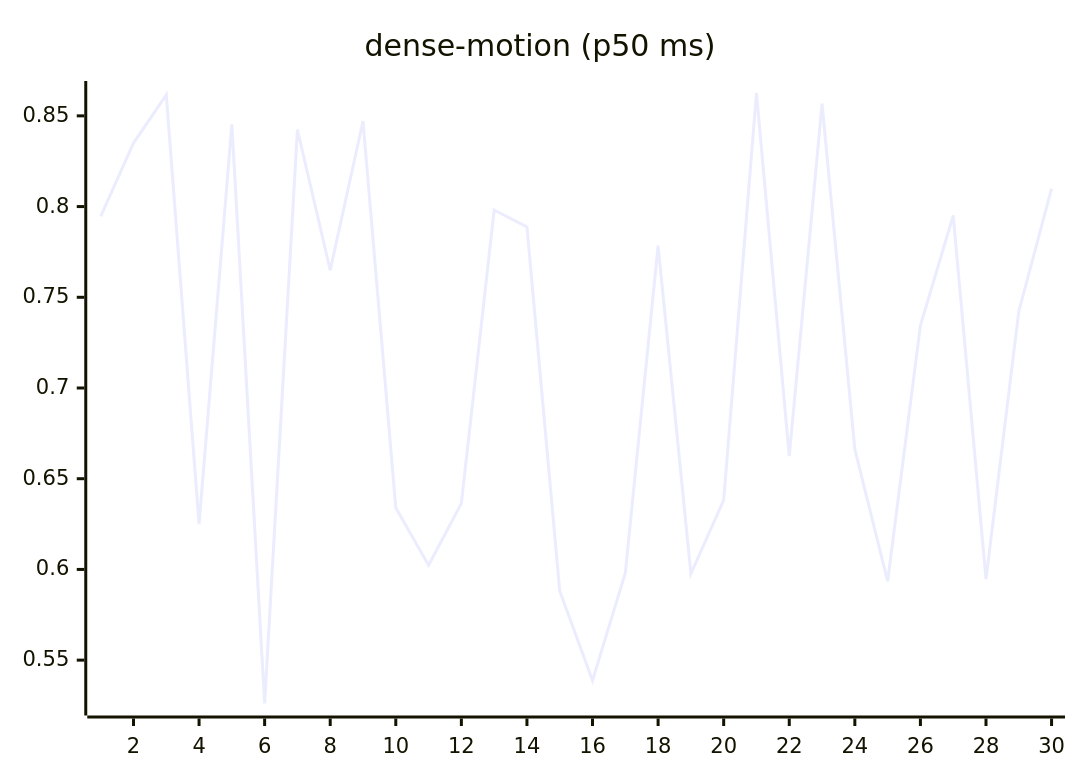
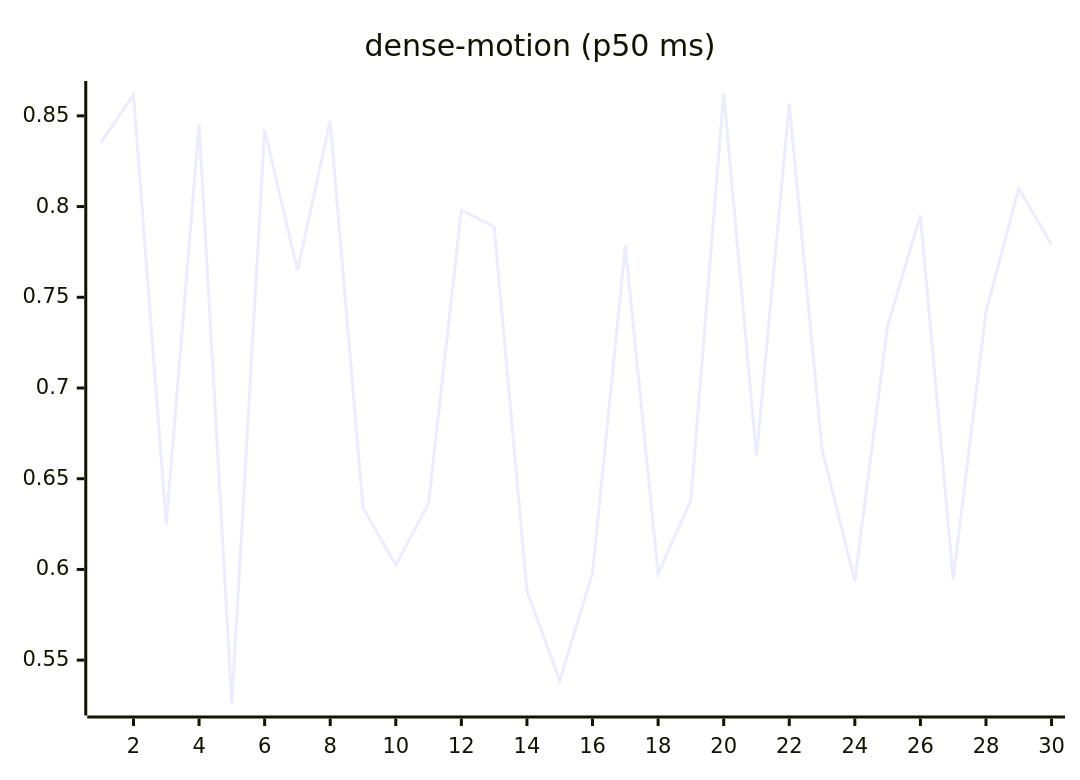
Before and after one commit to josha/Facet: the ninth of 27 diagrams in README.md, drawn with Mermaid. The commit also changed other lines of this file and 2 other files, not shown here.

````diff
--- a/README.md
+++ b/README.md
@@ -119,6 +119,6 @@
 ```mermaid
 xychart-beta
     title "dense-motion (p50 ms)"
     x-axis 1 --> 30
-    line [0.7946, 0.8350, 0.8616, 0.6249, 0.8453, 0.5261, 0.8424, 0.7649, 0.8471, 0.6340, 0.6023, 0.6364, 0.7981, 0.7888, 0.5881, 0.5388, 0.5980, 0.7785, 0.5976, 0.6382, 0.8626, 0.6624, 0.8567, 0.6662, 0.5935, 0.7344, 0.7951, 0.5946, 0.7422, 0.8099]
+    line [0.8350, 0.8616, 0.6249, 0.8453, 0.5261, 0.8424, 0.7649, 0.8471, 0.6340, 0.6023, 0.6364, 0.7981, 0.7888, 0.5881, 0.5388, 0.5980, 0.7785, 0.5976, 0.6382, 0.8626, 0.6624, 0.8567, 0.6662, 0.5935, 0.7344, 0.7951, 0.5946, 0.7422, 0.8099, 0.7789]
 ```
````
